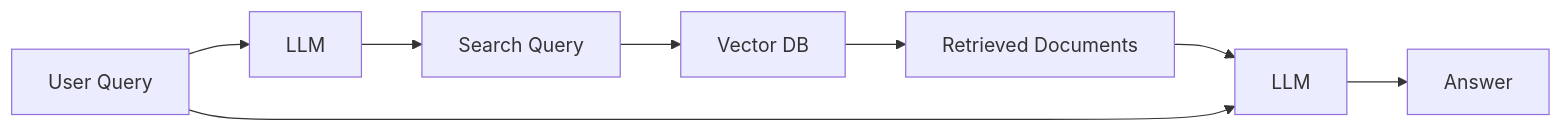
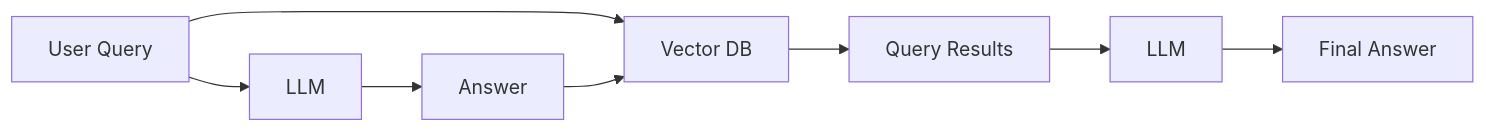
The diagram in Master_Retrieval_Augmented_Generation_RAG_System/1_3_1_Advanced_RAG_Techniques_Intro.md (workhappy27/AI), drawn with Mermaid before and after one commit. The commit also changed other lines of this file, not shown here.

````diff
--- a/Master_Retrieval_Augmented_Generation_RAG_System/1_3_1_Advanced_RAG_Techniques_Intro.md
+++ b/Master_Retrieval_Augmented_Generation_RAG_System/1_3_1_Advanced_RAG_Techniques_Intro.md
@@ -16,14 +24,14 @@
 ```mermaid
 flowchart LR
 
     A[User Query] --> B[LLM]
-    B --> C[Search Query]
+    B --> C[Answer]
 
-    C --> D[Vector DB]
-    D --> E[Retrieved Documents]
+    A --> D[Vector DB]
+    C --> D
 
+    D --> E[Query Results]
     E --> F[LLM]
-    A --> F
 
-    F --> G[Answer]
+    F --> G[Final Answer]
 ```
````
